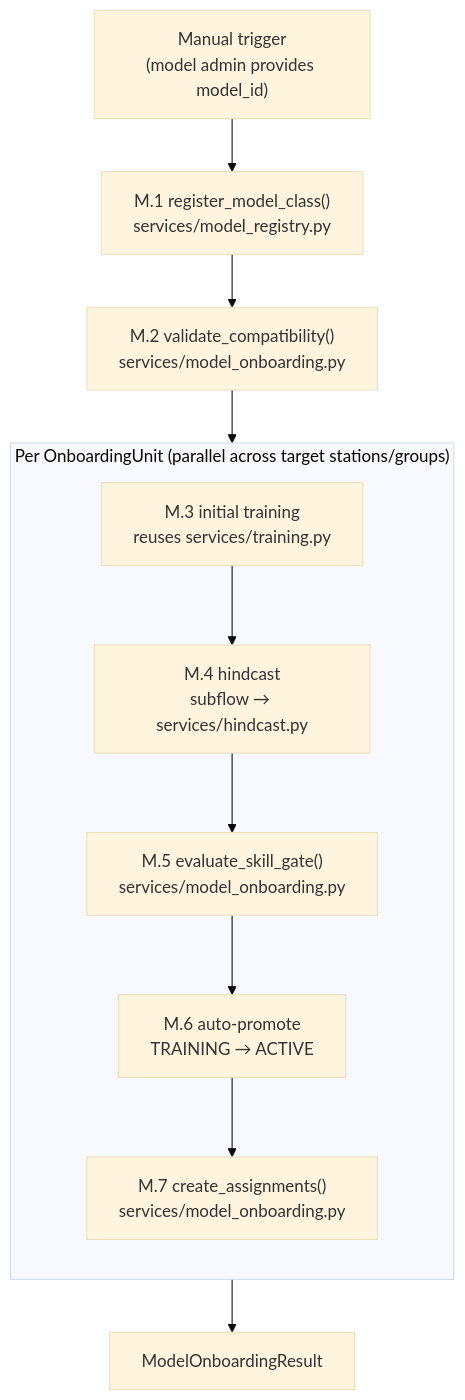
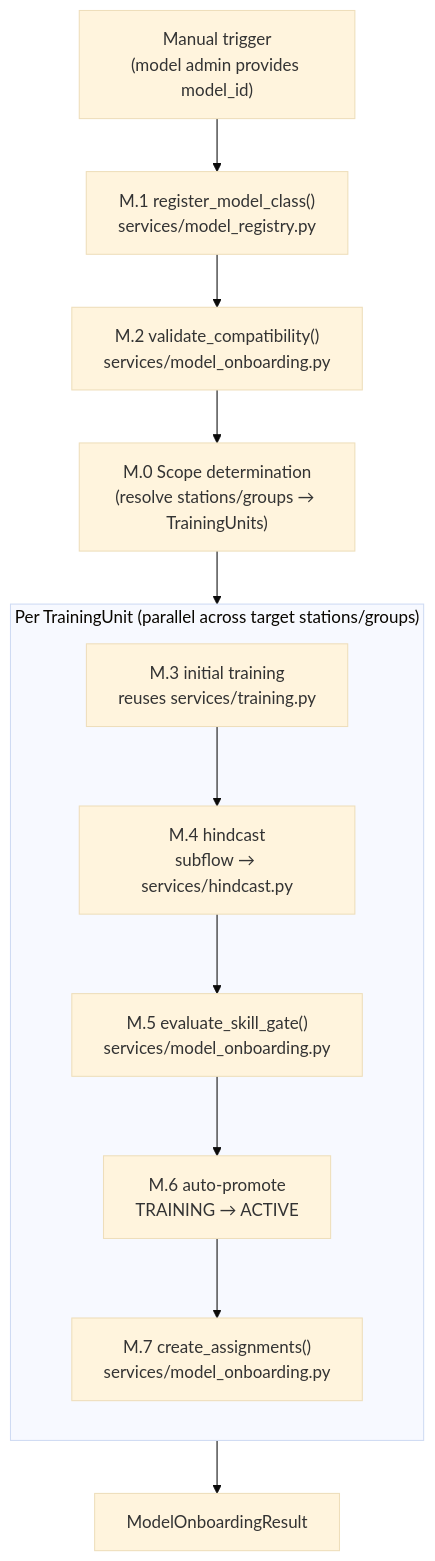
Before and after one commit to hydrosolutions/SAPPHIRE_flow: the diagram in docs/design/v0-flow13-model-onboarding.md, drawn with Mermaid (base theme). The commit also changed other lines of this file and 8 other files, not shown here.

````diff
--- a/docs/design/v0-flow13-model-onboarding.md
+++ b/docs/design/v0-flow13-model-onboarding.md
@@ -30,21 +30,23 @@
 ```mermaid
 flowchart TD
     trigger["Manual trigger\n(model admin provides model_id)"]
 
     m1["M.1 register_model_class()\nservices/model_registry.py"]
     m2["M.2 validate_compatibility()\nservices/model_onboarding.py"]
 
-    subgraph PerUnit ["Per OnboardingUnit (parallel across target stations/groups)"]
+    scope["M.0 Scope determination<br/>(resolve stations/groups → TrainingUnits)"]
+
+    subgraph PerUnit ["Per TrainingUnit (parallel across target stations/groups)"]
         direction TB
         m3["M.3 initial training\nreuses services/training.py"]
         m4["M.4 hindcast\nsubflow → services/hindcast.py"]
         m5["M.5 evaluate_skill_gate()\nservices/model_onboarding.py"]
         m6["M.6 auto-promote\nTRAINING → ACTIVE"]
         m7["M.7 create_assignments()\nservices/model_onboarding.py"]
         m3 --> m4 --> m5 --> m6 --> m7
     end
 
     result["ModelOnboardingResult"]
 
-    trigger --> m1 --> m2 --> PerUnit --> result
+    trigger --> m1 --> m2 --> scope --> PerUnit --> result
 ```
````
